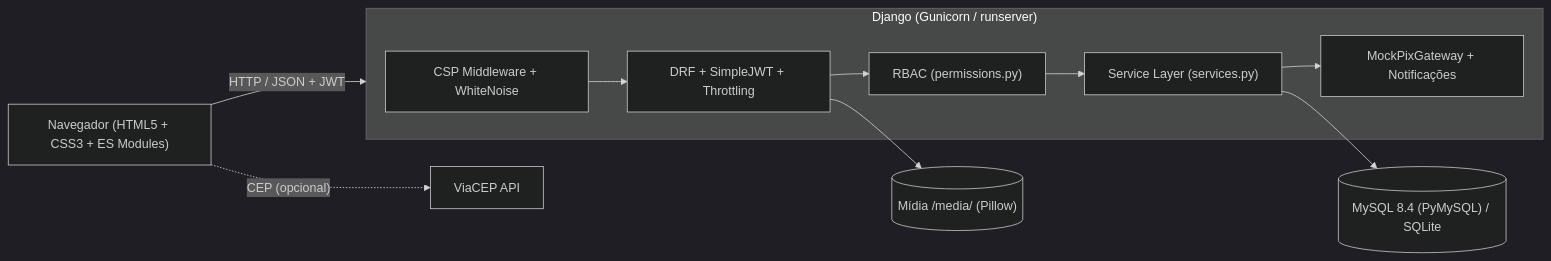
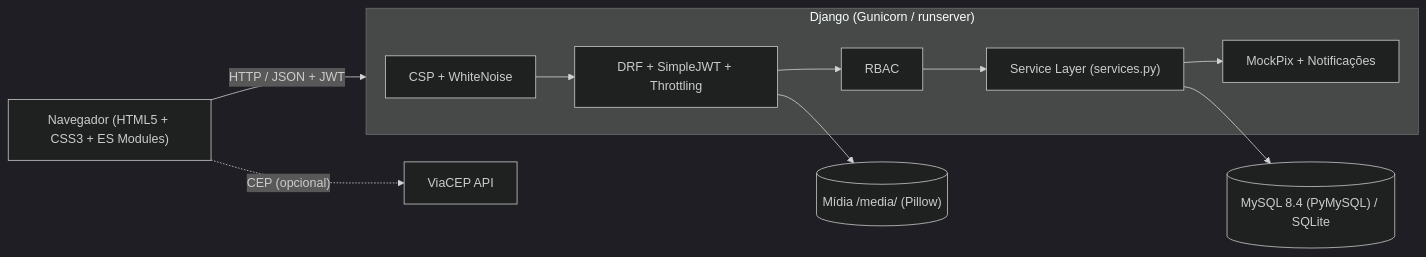
The diagram in README.md (Enio-Antonio/Feira-Virtual), drawn with Mermaid (dark theme) before and after one commit. The commit also changed other lines of this file, not shown here.

````diff
--- a/README.md
+++ b/README.md
@@ -201,13 +141,10 @@
 ```mermaid
 flowchart LR
     Browser["Navegador (HTML5 + CSS3 + ES Modules)"] -->|"HTTP / JSON + JWT"| App
     Browser -.->|"CEP (opcional)"| ViaCEP["ViaCEP API"]
     subgraph App["Django (Gunicorn / runserver)"]
-        CSP["CSP Middleware + WhiteNoise"] --> DRF["DRF + SimpleJWT + Throttling"]
-        DRF --> Perms["RBAC (permissions.py)"]
-        Perms --> Services["Service Layer (services.py)"]
-        Services --> Gateways["MockPixGateway + Notificações"]
+        CSP["CSP + WhiteNoise"] --> DRF["DRF + SimpleJWT + Throttling"] --> Perms["RBAC"] --> Services["Service Layer (services.py)"] --> Gateways["MockPix + Notificações"]
     end
     Services --> DB[("MySQL 8.4 (PyMySQL) / SQLite")]
     DRF --> Media[("Mídia /media/ (Pillow)")]
 ```
````
